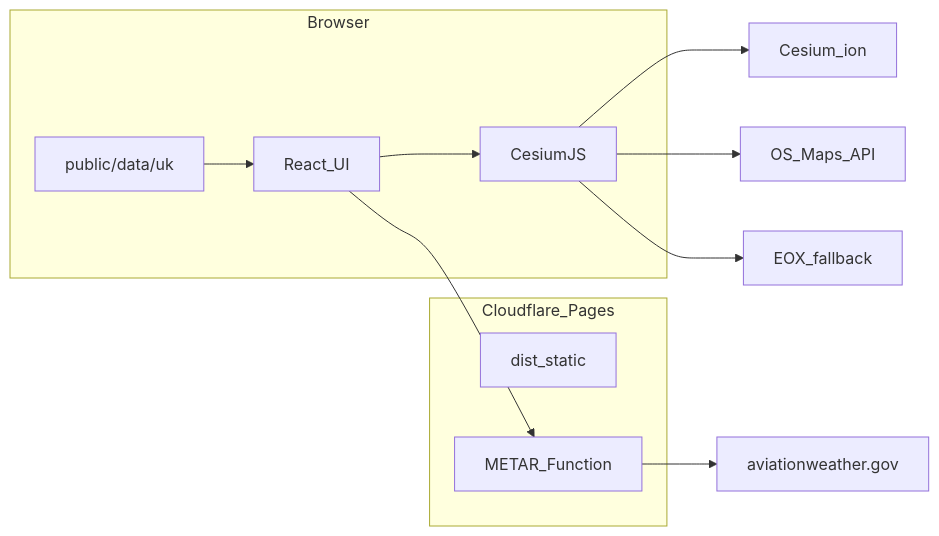
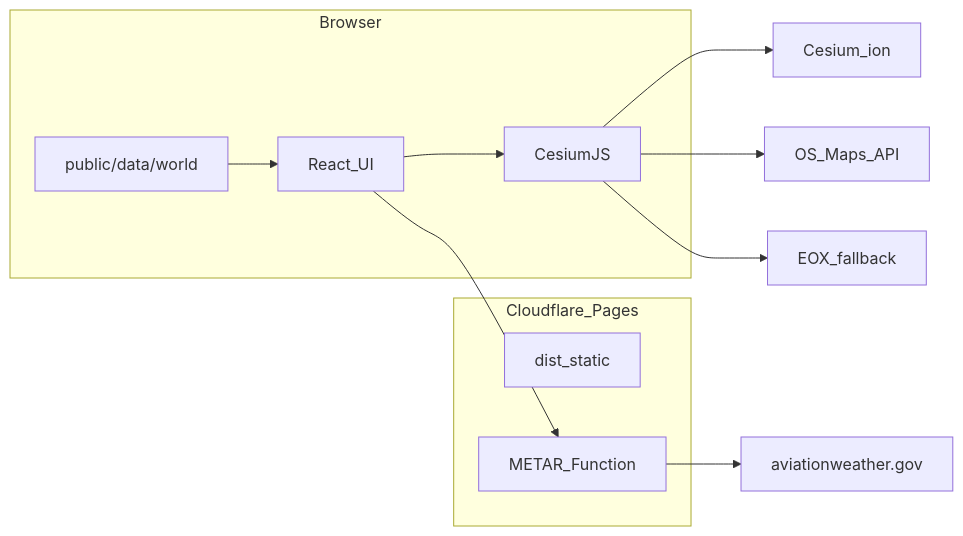
The diagram in docs/ARCHITECTURE.md (Speckybams/airspace-3d), drawn with Mermaid before and after one commit. The commit also changed other lines of this file and 53 other files, not shown here.

````diff
--- a/docs/ARCHITECTURE.md
+++ b/docs/ARCHITECTURE.md
@@ -5,19 +5,19 @@
 ```mermaid
 flowchart LR
   subgraph client [Browser]
     React[React_UI]
     Cesium[CesiumJS]
-    Data[public/data/uk]
+    Data[public/data/world]
     React --> Cesium
     Data --> React
   end
   subgraph pages [Cloudflare_Pages]
     Dist[dist_static]
     Fn[METAR_Function]
   end
   Cesium --> Ion[Cesium_ion]
   Cesium --> OS[OS_Maps_API]
   Cesium --> EOX[EOX_fallback]
   React --> Fn
   Fn --> AWC[aviationweather.gov]
 ```
````
